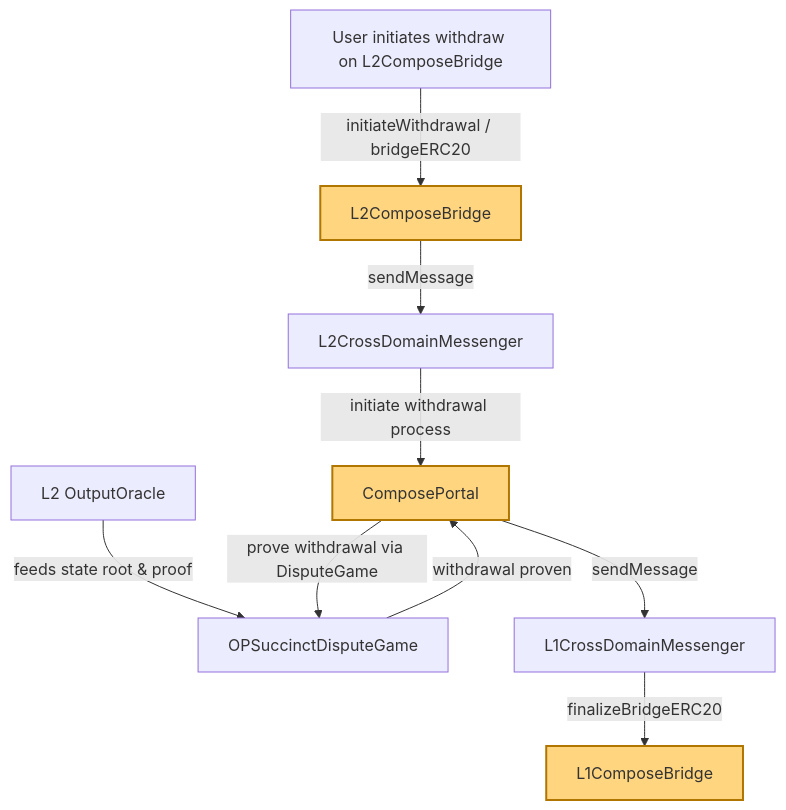
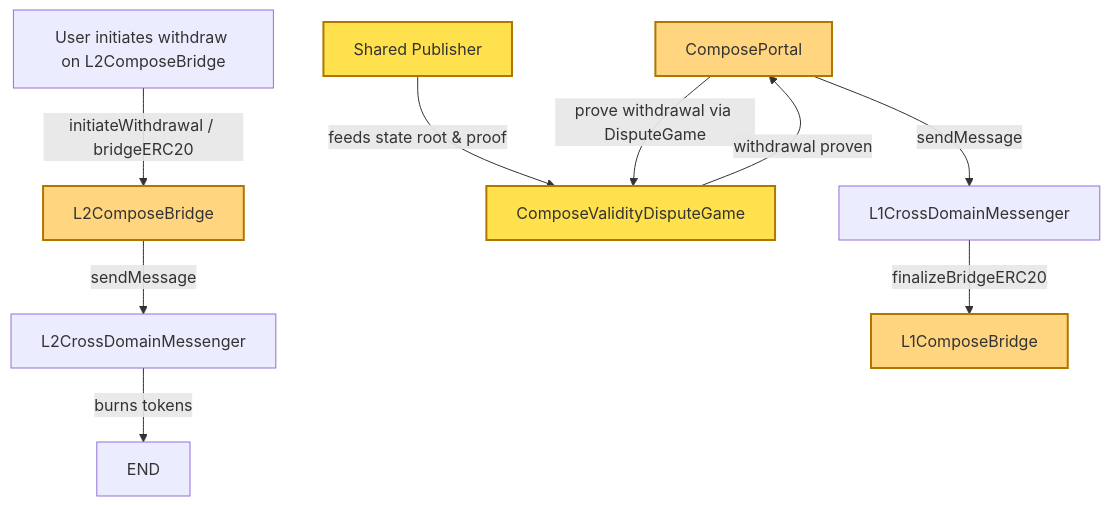
One commit to compose-network/specs changed the second of 2 diagrams in universal_bridge.md. Above: the diagram before and after it, drawn with Mermaid. The commit also changed other lines of this file, not shown here.

````diff
--- a/universal_bridge.md
+++ b/universal_bridge.md
@@ -718,22 +771,23 @@
 ```mermaid
 flowchart TD
     User[User initiates withdraw on L2ComposeBridge]
     L2CB[L2ComposeBridge]:::compose
     L2XDM[L2CrossDomainMessenger]
     ComposePortal[ComposePortal]:::compose
-    OutputOracle[L2 OutputOracle]
-    DisputeGame[OPSuccinctDisputeGame]
+    SP[Shared Publisher]:::compose-universal
+    DisputeGame[ComposeValidityDisputeGame]:::compose-universal
     L1XDM[L1CrossDomainMessenger]
     L1CB[L1ComposeBridge]:::compose
 
     User -->|initiateWithdrawal / bridgeERC20| L2CB
     L2CB -->|sendMessage| L2XDM
-    L2XDM -->|initiate withdrawal process| ComposePortal
-    OutputOracle -->|feeds state root & proof| DisputeGame
+    L2XDM -->|burns tokens| END
+    SP -->|feeds state root & proof| DisputeGame
     ComposePortal -->|prove withdrawal via DisputeGame| DisputeGame
     DisputeGame -->|withdrawal proven| ComposePortal
     ComposePortal -->|sendMessage| L1XDM
     L1XDM -->|finalizeBridgeERC20| L1CB
 
     classDef compose fill:#ffd580,stroke:#b17600,stroke-width:2px;
+    classDef compose-universal fill:#ffe14d,stroke:#b17600,stroke-width:2px;
 ```
````
